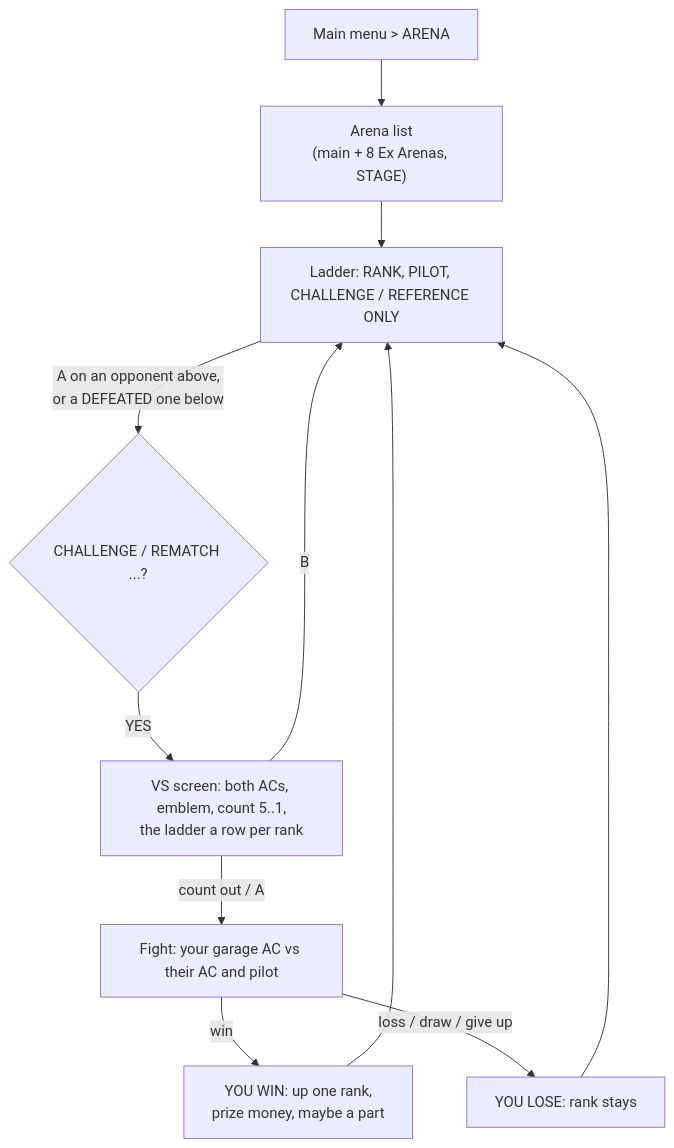
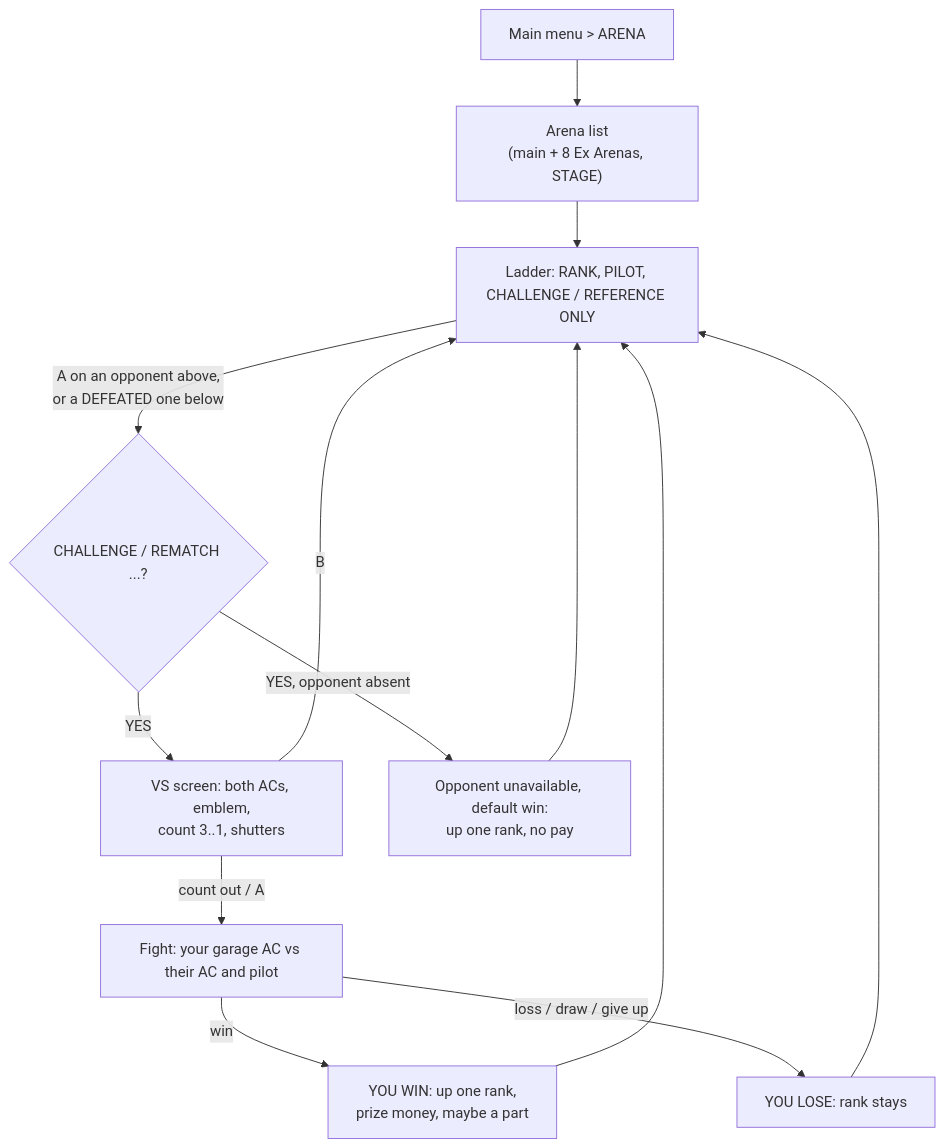
Before and after one commit to Hatdagger/Armored-CoreR: the diagram in docs/ARENA.md, drawn with Mermaid. The commit also changed other lines of this file and 7 other files, not shown here.

First line of the commit message:
Arena: simpler VS screen, ladder emblems, default win for absent opponents

````diff
--- a/docs/ARENA.md
+++ b/docs/ARENA.md
@@ -16,13 +16,15 @@
 ```mermaid
 flowchart TD
     M["Main menu > ARENA"] --> L["Arena list<br/>(main + 8 Ex Arenas, STAGE)"]
     L --> R["Ladder: RANK, PILOT, CHALLENGE / REFERENCE ONLY"]
     R -- "A on an opponent above,<br/>or a DEFEATED one below" --> Q{"CHALLENGE / REMATCH ...?"}
-    Q -- YES --> V["VS screen: both ACs, emblem, count 5..1,<br/>the ladder a row per rank"]
+    Q -- YES --> V["VS screen: both ACs, emblem,<br/>count 3..1, shutters"]
+    Q -- "YES, opponent absent" --> D["Opponent unavailable, default win:<br/>up one rank, no pay"]
+    D --> R
     V -- "count out / A" --> F["Fight: your garage AC vs their AC and pilot"]
     V -- B --> R
     F -- win --> W["YOU WIN: up one rank,<br/>prize money, maybe a part"]
     F -- "loss / draw / give up" --> X["YOU LOSE: rank stays"]
     W --> R
     X --> R
 ```
````
